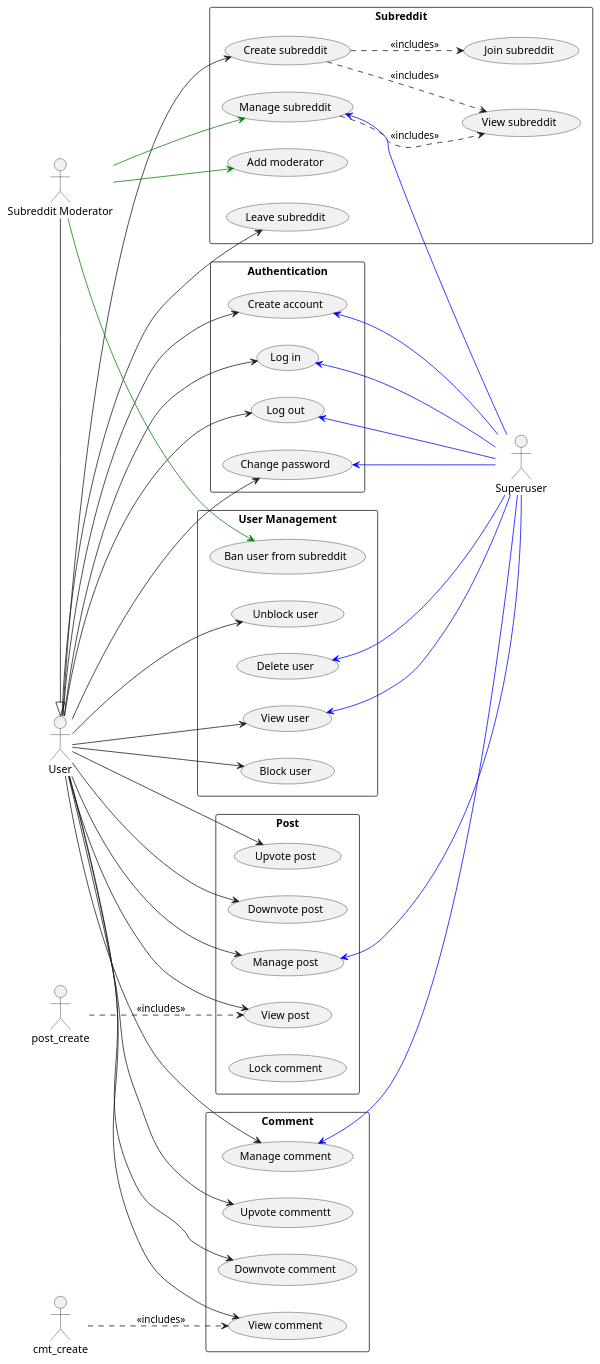
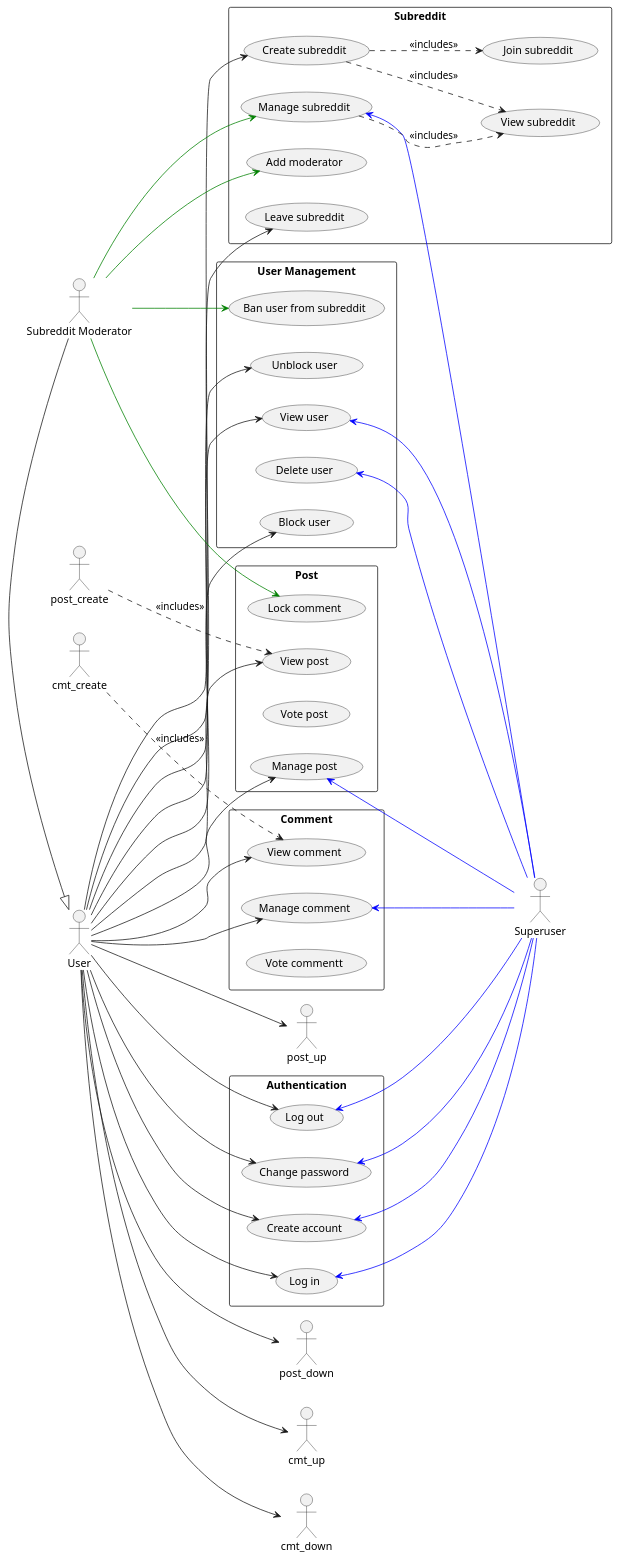
The diagram in use_case.puml (Huy-Ngo/reddit-design), drawn with PlantUML before and after one commit. The commit also changed 2 other files, not shown here.

Commit message:
Add lock comment use case and merge vote use cases

```diff
--- a/use_case.puml
+++ b/use_case.puml
@@ -1,96 +1,95 @@
 @startuml
 skinparam packageStyle rectangle
 left to right direction
 actor "User" as user
 actor "Subreddit Moderator" as mod
 actor "Superuser" as su
 mod -|> user
 
 rectangle Post as post {
   usecase "Manage post" as post_manage
   usecase "View post" as post_read
 
-  usecase "Upvote post" as post_up
-  usecase "Downvote post" as post_down
+  usecase "Vote post" as post_vote
   usecase "Lock comment" as post_lock
 }
 
 rectangle Comment as cmt {
   usecase "Manage comment" as cmt_manage
   usecase "View comment" as cmt_read
 
-  usecase "Upvote commentt" as cmt_up
-  usecase "Downvote comment" as cmt_down
+  usecase "Vote commentt" as cmt_vote
 }
 
 rectangle Subreddit as sub {
   usecase "Create subreddit" as sub_create
   usecase "View subreddit" as sub_read
   usecase "Manage subreddit" as sub_manage
   usecase "Add moderator" as sub_add_mod
 
   usecase "Join subreddit" as sub_join
   usecase "Leave subreddit" as sub_leave
 }
 
 rectangle "User Management" as user_mng {
   usecase "View user" as user_read
   usecase "Delete user" as user_delete
   usecase "Block user" as user_block
   usecase "Unblock user" as user_unblock
   usecase "Ban user from subreddit" as user_ban
 }
 
 rectangle "Authentication" as auth {
   usecase "Create account" as acc_create
   usecase "Log in" as login
   usecase "Log out" as logout
   usecase "Change password" as pwd_change
 }
 
 user --> acc_create
 user --> login
 user --> logout
 user --> pwd_change
 
 user --> post_manage
 user --> post_read
 
 user --> post_up
 user --> post_down
 
 user --> cmt_manage
 user --> cmt_read
 
 user --> cmt_up
 user --> cmt_down
 
 user --> sub_create
 user --> sub_leave
 
 user --> user_block
 user --> user_unblock
 user --> user_read
 
 mod -[#green]-> sub_manage
 mod -[#green]-> sub_add_mod
 mod -[#green]-> user_ban
+mod -[#green]-> post_lock
 
 post_manage   <-[#blue]- su
 cmt_manage    <-[#blue]- su
 sub_manage    <-[#blue]- su
 user_read   <-[#blue]- su
 user_delete <-[#blue]- su
 
 acc_create  <-[#blue]- su
 login       <-[#blue]- su
 logout      <-[#blue]- su
 pwd_change  <-[#blue]- su
 
 post_create ..> post_read : <<includes>>
 cmt_create ..> cmt_read : <<includes>>
 sub_create ..> sub_read : <<includes>>
 sub_create ..> sub_join : <<includes>>
 sub_manage ..> sub_read : <<includes>>
 
 @enduml
```
